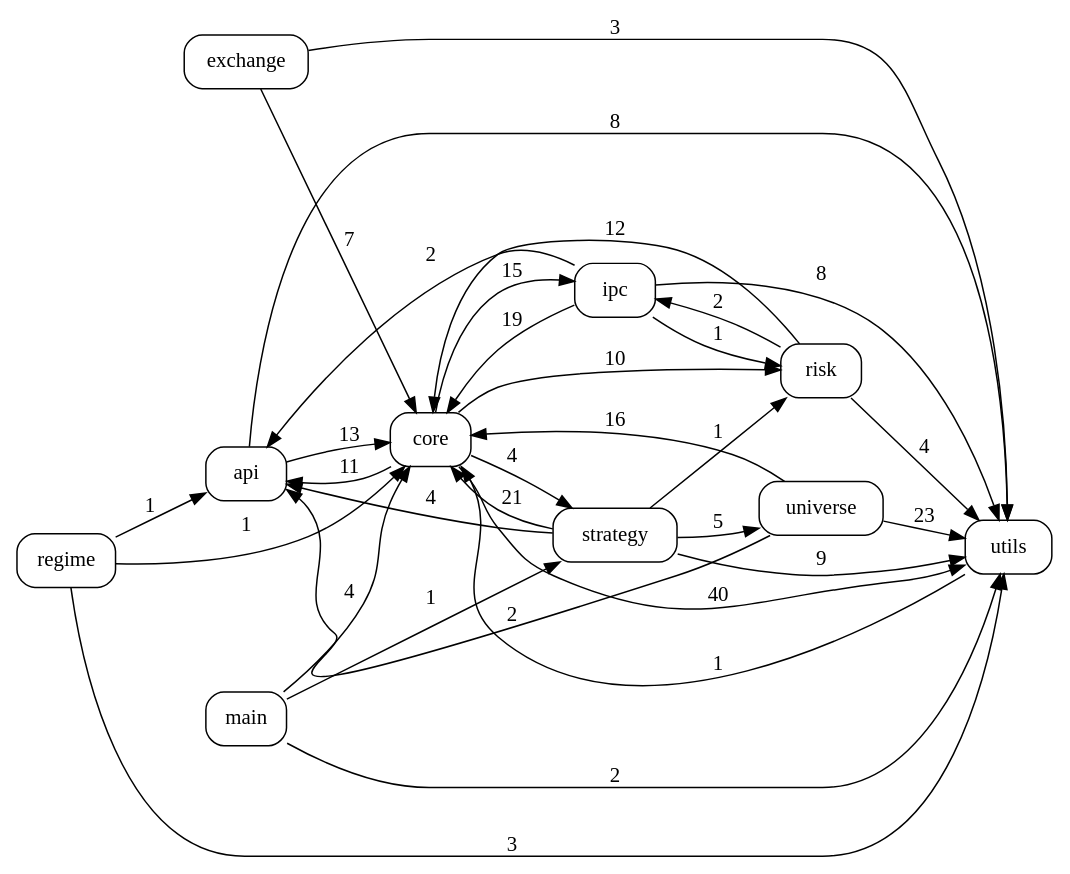
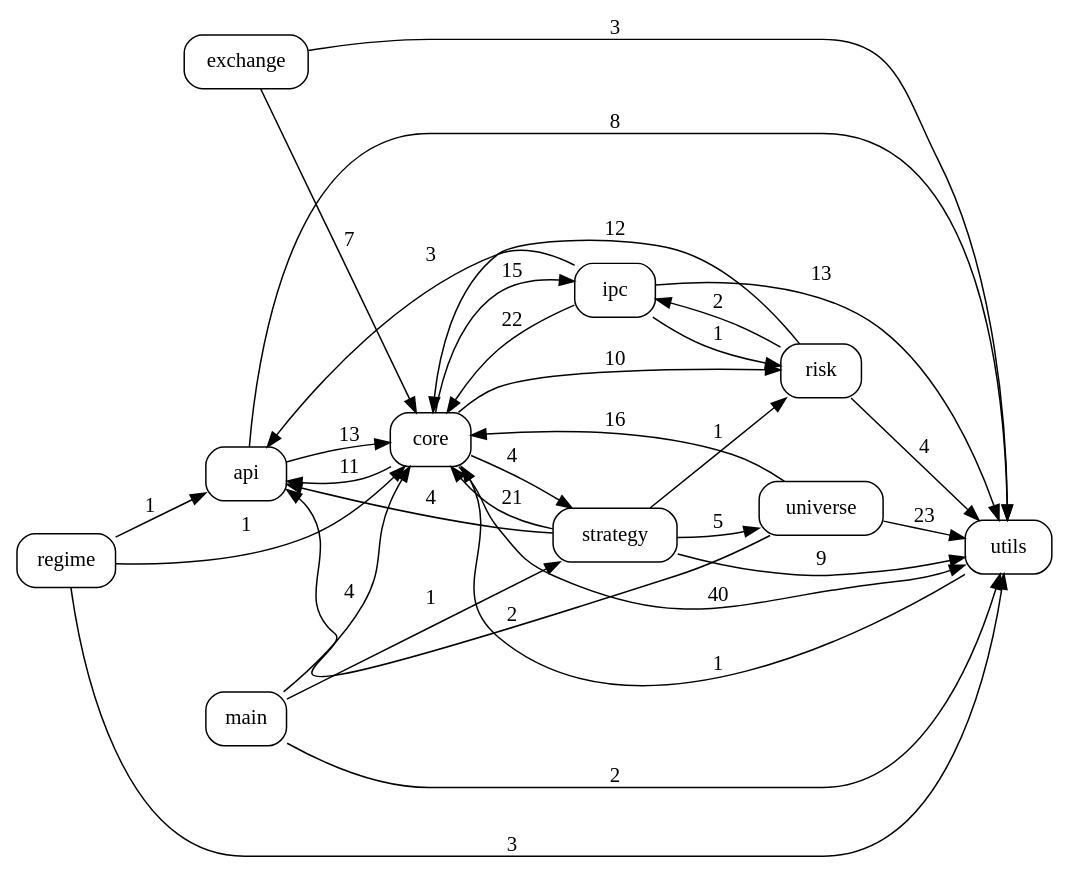
The diagram in docs/code_graph.dot (pypy8171/Quant), drawn with Graphviz before and after one commit. The commit also changed 18 other files, not shown here.

```diff
--- a/docs/code_graph.dot
+++ b/docs/code_graph.dot
@@ -1,45 +1,45 @@
 digraph code_graph {
   rankdir=LR;
   node [shape=box, style=rounded, fontname="Consolas"];
   "api";
   "core";
   "exchange";
   "ipc";
   "main";
   "regime";
   "risk";
   "strategy";
   "universe";
   "utils";
   "api" -> "core" [label="13"];
   "api" -> "utils" [label="8"];
   "core" -> "api" [label="11"];
   "core" -> "ipc" [label="15"];
   "core" -> "risk" [label="10"];
   "core" -> "strategy" [label="4"];
   "core" -> "utils" [label="40"];
   "exchange" -> "core" [label="7"];
   "exchange" -> "utils" [label="3"];
-  "ipc" -> "api" [label="2"];
-  "ipc" -> "core" [label="19"];
+  "ipc" -> "api" [label="3"];
+  "ipc" -> "core" [label="22"];
   "ipc" -> "risk" [label="1"];
-  "ipc" -> "utils" [label="8"];
+  "ipc" -> "utils" [label="13"];
   "main" -> "core" [label="4"];
   "main" -> "strategy" [label="1"];
   "main" -> "utils" [label="2"];
   "regime" -> "api" [label="1"];
   "regime" -> "core" [label="1"];
   "regime" -> "utils" [label="3"];
   "risk" -> "core" [label="12"];
   "risk" -> "ipc" [label="2"];
   "risk" -> "utils" [label="4"];
   "strategy" -> "api" [label="4"];
   "strategy" -> "core" [label="21"];
   "strategy" -> "risk" [label="1"];
   "strategy" -> "universe" [label="5"];
   "strategy" -> "utils" [label="9"];
   "universe" -> "api" [label="2"];
   "universe" -> "core" [label="16"];
   "universe" -> "utils" [label="23"];
   "utils" -> "core" [label="1"];
 }
```
